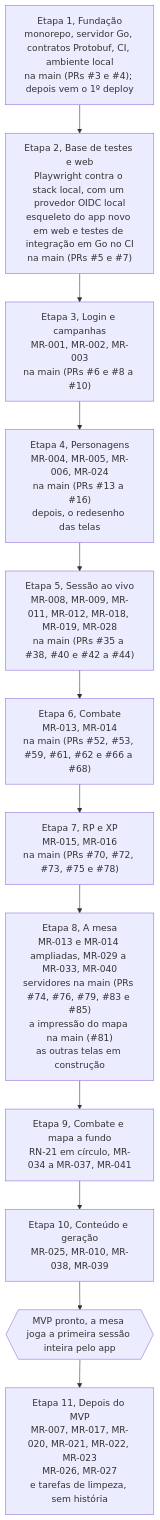
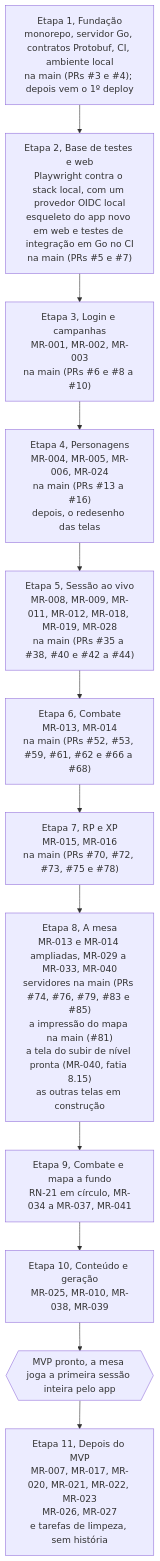
One commit to PuraFome/meuRPG changed the diagram in docs/roadmap.md. Above: the diagram before and after it, drawn with Mermaid. The commit also changed other lines of this file and 83 other files, not shown here.

````diff
--- a/docs/roadmap.md
+++ b/docs/roadmap.md
@@ -5,17 +5,17 @@
 ```mermaid
 flowchart TD
     E1["Etapa 1, Fundação<br/>monorepo, servidor Go, contratos Protobuf, CI, ambiente local<br/>na main (PRs #3 e #4); depois vem o 1º deploy"]
     E2["Etapa 2, Base de testes e web<br/>Playwright contra o stack local, com um provedor OIDC local<br/>esqueleto do app novo em web e testes de integração em Go no CI<br/>na main (PRs #5 e #7)"]
     E3["Etapa 3, Login e campanhas<br/>MR-001, MR-002, MR-003<br/>na main (PRs #6 e #8 a #10)"]
     E4["Etapa 4, Personagens<br/>MR-004, MR-005, MR-006, MR-024<br/>na main (PRs #13 a #16)<br/>depois, o redesenho das telas"]
     E5["Etapa 5, Sessão ao vivo<br/>MR-008, MR-009, MR-011, MR-012, MR-018, MR-019, MR-028<br/>na main (PRs #35 a #38, #40 e #42 a #44)"]
     E6["Etapa 6, Combate<br/>MR-013, MR-014<br/>na main (PRs #52, #53, #59, #61, #62 e #66 a #68)"]
     E7["Etapa 7, RP e XP<br/>MR-015, MR-016<br/>na main (PRs #70, #72, #73, #75 e #78)"]
-    E8["Etapa 8, A mesa<br/>MR-013 e MR-014 ampliadas, MR-029 a MR-033, MR-040<br/>servidores na main (PRs #74, #76, #79, #83 e #85)<br/>a impressão do mapa na main (#81)<br/>as outras telas em construção"]
+    E8["Etapa 8, A mesa<br/>MR-013 e MR-014 ampliadas, MR-029 a MR-033, MR-040<br/>servidores na main (PRs #74, #76, #79, #83 e #85)<br/>a impressão do mapa na main (#81)<br/>a tela do subir de nível pronta (MR-040, fatia 8.15)<br/>as outras telas em construção"]
     E9["Etapa 9, Combate e mapa a fundo<br/>RN-21 em círculo, MR-034 a MR-037, MR-041"]
     E10["Etapa 10, Conteúdo e geração<br/>MR-025, MR-010, MR-038, MR-039"]
     MVP{{"MVP pronto, a mesa joga a primeira sessão inteira pelo app"}}
     E11["Etapa 11, Depois do MVP<br/>MR-007, MR-017, MR-020, MR-021, MR-022, MR-023<br/>MR-026, MR-027<br/>e tarefas de limpeza, sem história"]
 
     E1 --> E2 --> E3 --> E4 --> E5 --> E6 --> E7 --> E8 --> E9 --> E10 --> MVP --> E11
 ```
````
